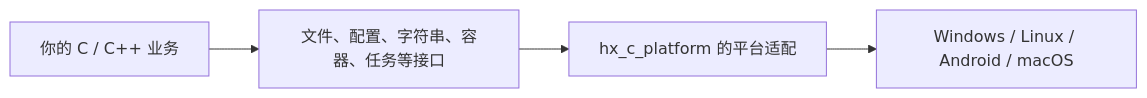
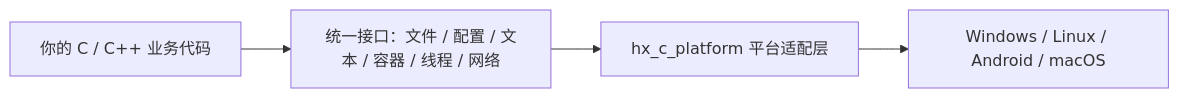
The diagram in README.zh-CN.md (HuangX666/hx_c_platform), drawn with Mermaid before and after one commit. The commit also changed other lines of this file and 135 other files, not shown here.

````diff
--- a/README.zh-CN.md
+++ b/README.zh-CN.md
@@ -19,6 +13,6 @@
 ```mermaid
 flowchart LR
-    A["你的 C / C++ 业务"] --> B["文件、配置、字符串、容器、任务等接口"]
-    B --> C["hx_c_platform 的平台适配"]
+    A["你的 C / C++ 业务代码"] --> B["统一接口：文件 / 配置 / 文本 / 容器 / 线程 / 网络"]
+    B --> C["hx_c_platform 平台适配层"]
     C --> D["Windows / Linux / Android / macOS"]
 ```
````
